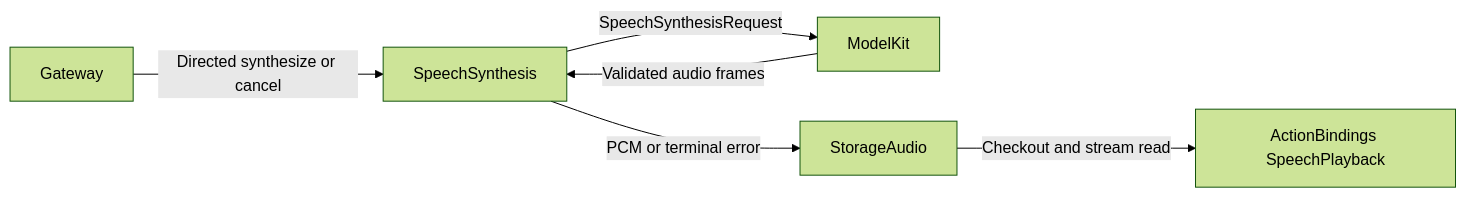
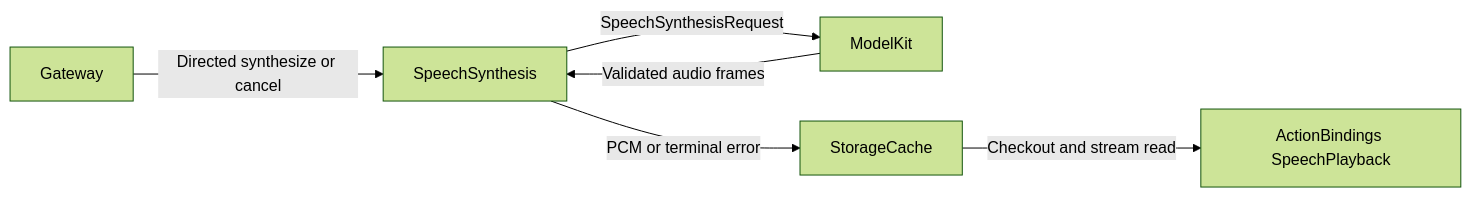
The first of 2 diagrams in MobileHarness/Agents/SpeechSynthesis/README.md (devilyouwei/MobileHarness), drawn with Mermaid (forest theme) before and after one commit. The commit also changed other lines of this file and 299 other files, not shown here.

First line of the commit message:
refactor(storage): introduce State Cache Database and Files containers

````diff
--- a/MobileHarness/Agents/SpeechSynthesis/README.md
+++ b/MobileHarness/Agents/SpeechSynthesis/README.md
@@ -15,8 +15,8 @@
 ```mermaid
 flowchart LR
  Gateway -->|Directed synthesize or cancel| Synthesis[SpeechSynthesis]
  Synthesis -->|SpeechSynthesisRequest| ModelKit
  ModelKit -->|Validated audio frames| Synthesis
- Synthesis -->|PCM or terminal error| Storage[StorageAudio]
+ Synthesis -->|PCM or terminal error| Storage[StorageCache]
  Storage -->|Checkout and stream read| Playback[ActionBindings SpeechPlayback]
 ```
````
